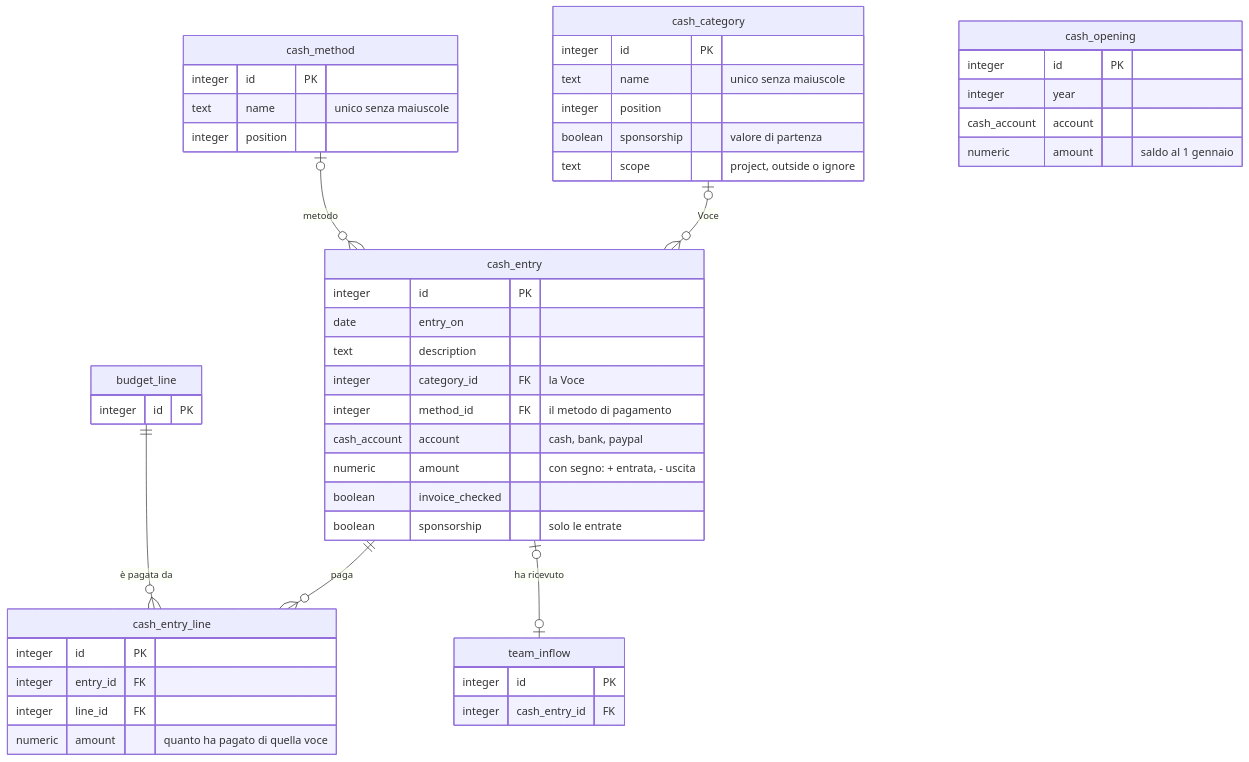
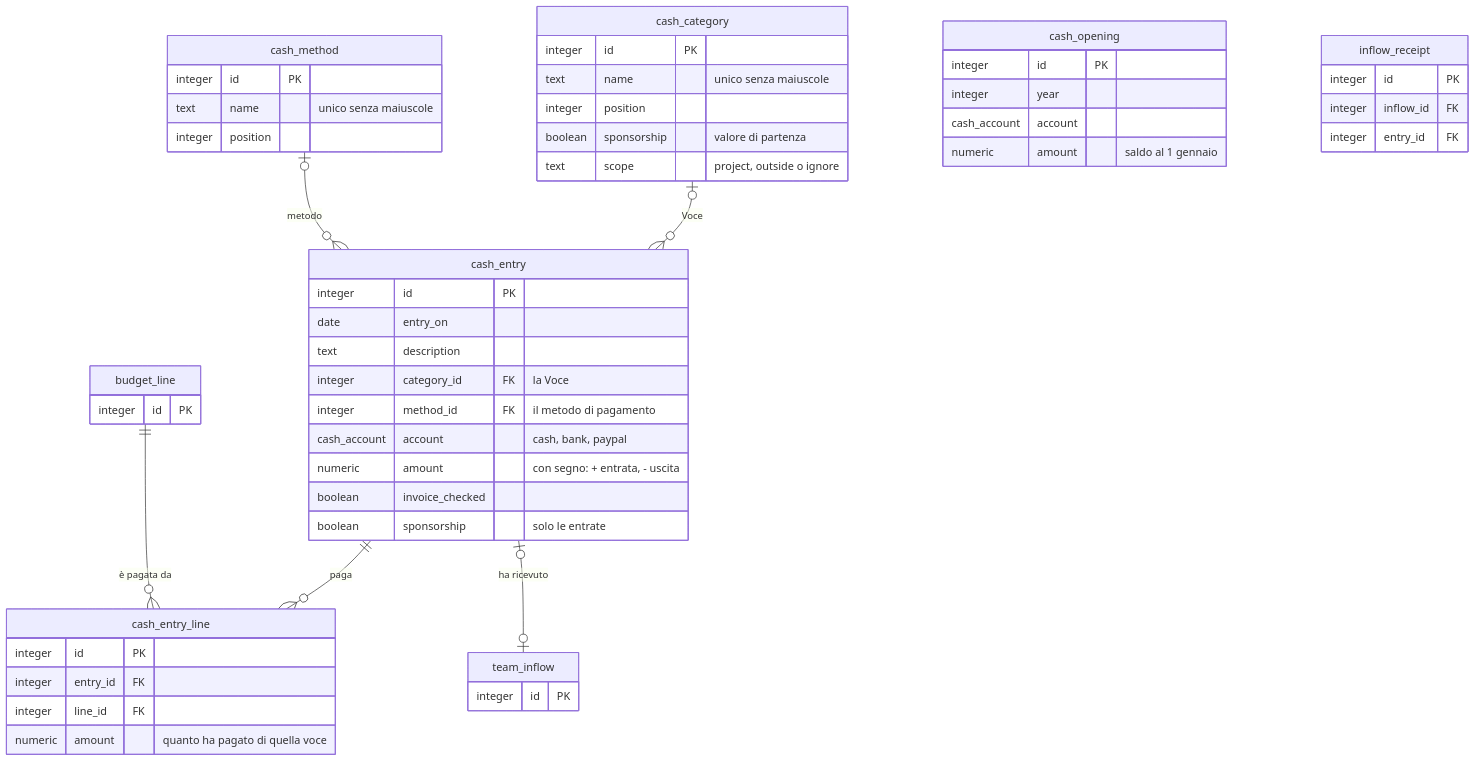
One commit to KevinRomanello/Simple-configurable-ERP changed the fourth of 7 diagrams in docs/schema-database.md. Above: the diagram before and after it, drawn with Mermaid. The commit also changed other lines of this file and 106 other files, not shown here.

````diff
--- a/docs/schema-database.md
+++ b/docs/schema-database.md
@@ -199,51 +204,55 @@
 ```mermaid
 erDiagram
   cash_entry {
     integer id PK
     date entry_on
     text description
     integer category_id FK "la Voce"
     integer method_id FK "il metodo di pagamento"
     cash_account account "cash, bank, paypal"
     numeric amount "con segno: + entrata, - uscita"
     boolean invoice_checked
     boolean sponsorship "solo le entrate"
   }
   cash_category {
     integer id PK
     text name "unico senza maiuscole"
     integer position
     boolean sponsorship "valore di partenza"
     text scope "project, outside o ignore"
   }
   cash_method {
     integer id PK
     text name "unico senza maiuscole"
     integer position
   }
   cash_opening {
     integer id PK
     integer year
     cash_account account
     numeric amount "saldo al 1 gennaio"
   }
   cash_entry_line {
     integer id PK
     integer entry_id FK
     integer line_id FK
     numeric amount "quanto ha pagato di quella voce"
   }
   budget_line {
     integer id PK
   }
   team_inflow {
     integer id PK
-    integer cash_entry_id FK
+  }
+  inflow_receipt {
+    integer id PK
+    integer inflow_id FK
+    integer entry_id FK
   }
 
   cash_category |o--o{ cash_entry : "Voce"
   cash_method |o--o{ cash_entry : "metodo"
   cash_entry ||--o{ cash_entry_line : "paga"
   budget_line ||--o{ cash_entry_line : "è pagata da"
   cash_entry |o--o| team_inflow : "ha ricevuto"
 ```
````
